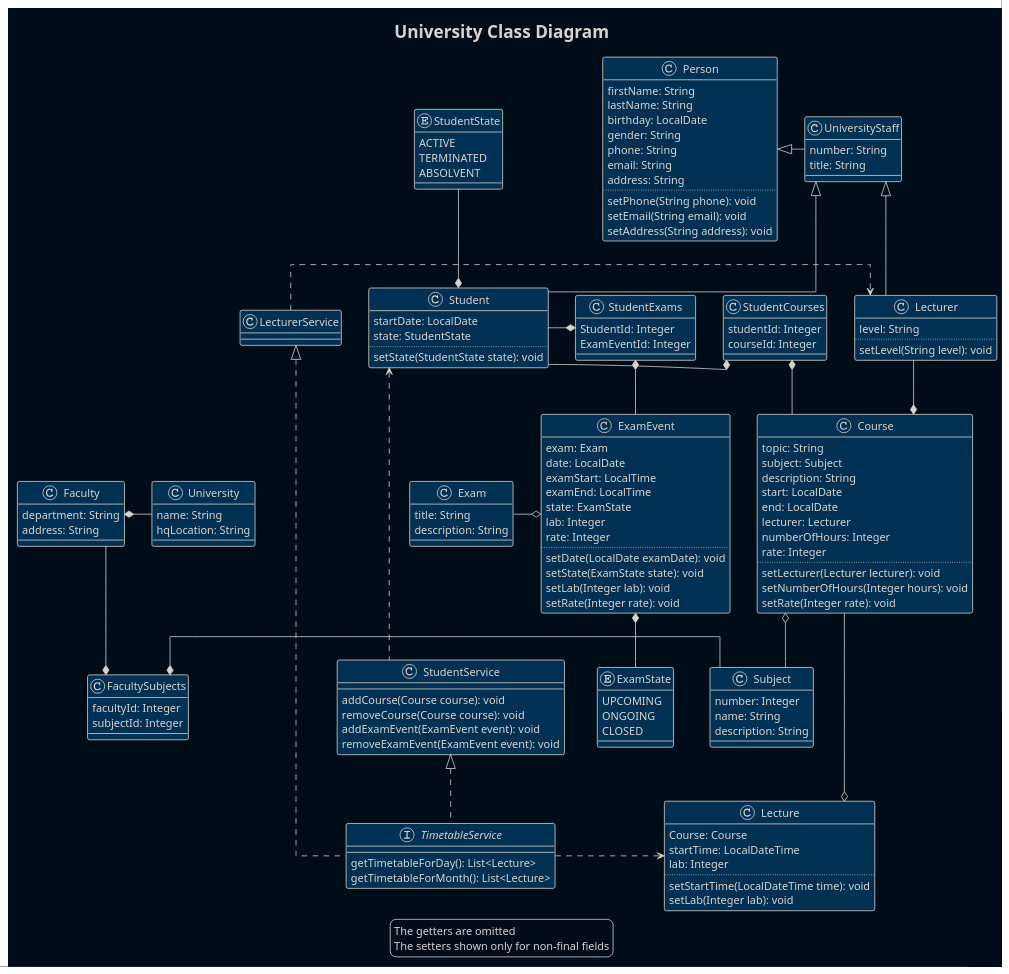
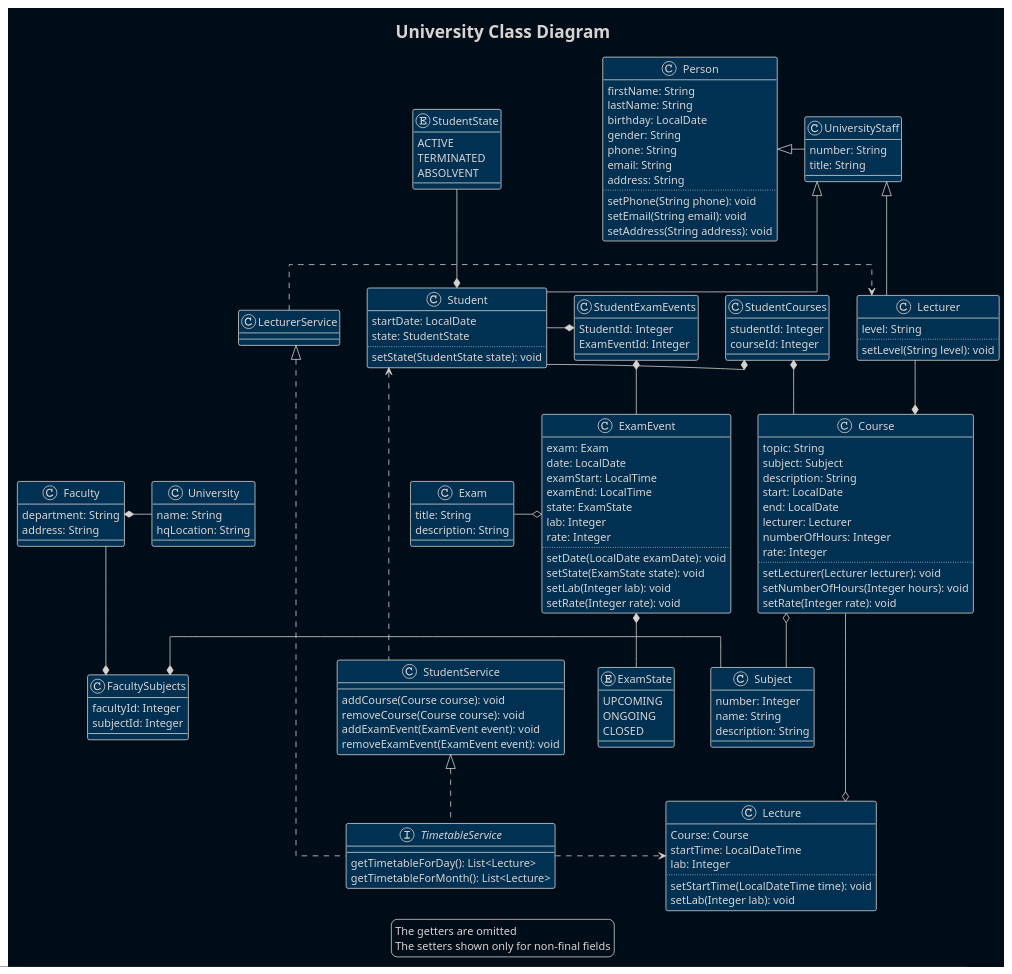
One commit to RomaEcho/University changed the diagram in src/main/resources/diagrams/University.puml. Above: the diagram before and after it, drawn with PlantUML. The commit also changed 1 other file, not shown here.

Commit message:
sql: student_exam_events table added, arrays from students table removed, puml: StudentExams renamed to StudentExamEvents

```diff
--- a/src/main/resources/diagrams/University.puml
+++ b/src/main/resources/diagrams/University.puml
@@ -1,153 +1,153 @@
 @startuml
 '!theme plain
 !theme blueprint
 skinparam BackgroundColor #000c18
 'skinparam ClassBackgroundColor #000c18
 skinparam linetype ortho
 
 title University Class Diagram
 class Person {
     firstName: String
     lastName: String
     birthday: LocalDate
     gender: String
     phone: String
     email: String
     address: String
     ..
     setPhone(String phone): void
     setEmail(String email): void
     setAddress(String address): void
 }
 class Student {
     startDate: LocalDate
     state: StudentState
     ..
     setState(StudentState state): void
 }
 enum StudentState {
     ACTIVE
     TERMINATED
     ABSOLVENT
 }
 class UniversityStaff {
     number: String
     title: String
 }
 class Subject {
     number: Integer
     name: String
     description: String
 }
 
 class Course {
     topic: String
     subject: Subject
     description: String
     start: LocalDate
     end: LocalDate
     lecturer: Lecturer
     numberOfHours: Integer
     rate: Integer
     ..
     setLecturer(Lecturer lecturer): void
     setNumberOfHours(Integer hours): void
     setRate(Integer rate): void
 }
 class Lecturer {
     level: String
     ..
     setLevel(String level): void
 }
 class Exam {
     title: String
     description: String
 }
 class ExamEvent {
     exam: Exam
     date: LocalDate
     examStart: LocalTime
     examEnd: LocalTime
     state: ExamState
     lab: Integer
     rate: Integer
     ..
     setDate(LocalDate examDate): void
     setState(ExamState state): void
     setLab(Integer lab): void
     setRate(Integer rate): void
 }
 enum ExamState {
     UPCOMING
     ONGOING
     CLOSED
 }
 class Faculty {
     department: String
     address: String
 }
 class University {
     name: String
     hqLocation: String
 }
 class Lecture {
     Course: Course
     startTime: LocalDateTime
     lab: Integer
     ..
     setStartTime(LocalDateTime time): void
     setLab(Integer lab): void
 }
 class StudentCourses {
     studentId: Integer
     courseId: Integer
 }
 class FacultySubjects {
     facultyId: Integer
     subjectId: Integer
 }
-class StudentExams {
+class StudentExamEvents {
     StudentId: Integer    
     ExamEventId: Integer
 }
 interface TimetableService {
     getTimetableForDay(): List<Lecture>
     getTimetableForMonth(): List<Lecture>
 }
 class StudentService {
     addCourse(Course course): void
     removeCourse(Course course): void
     addExamEvent(ExamEvent event): void
     removeExamEvent(ExamEvent event): void
 }
 class LecturerService
 
 Person <|-right- UniversityStaff
 UniversityStaff <|-- Student
 UniversityStaff <|-- Lecturer
 Student *-up- StudentState
 StudentCourses *- Student
 StudentCourses *- Course
 Course *-up- Lecturer
-StudentExams *-- ExamEvent
-StudentExams *- Student
+StudentExamEvents *-- ExamEvent
+StudentExamEvents *- Student
 ExamEvent o-left- Exam
 ExamEvent *-down- ExamState
 Course o-- Subject
 Faculty --* FacultySubjects
 Subject -left-* FacultySubjects
 University -left* Faculty
 Student <... StudentService
 StudentService <|.. TimetableService
 LecturerService <|.. TimetableService
 LecturerService .> Lecturer
 TimetableService .right.> Lecture
 Course --o Lecture
 
 
 legend
     The getters are omitted
     The setters shown only for non-final fields
 endlegend
 
 @enduml
```
